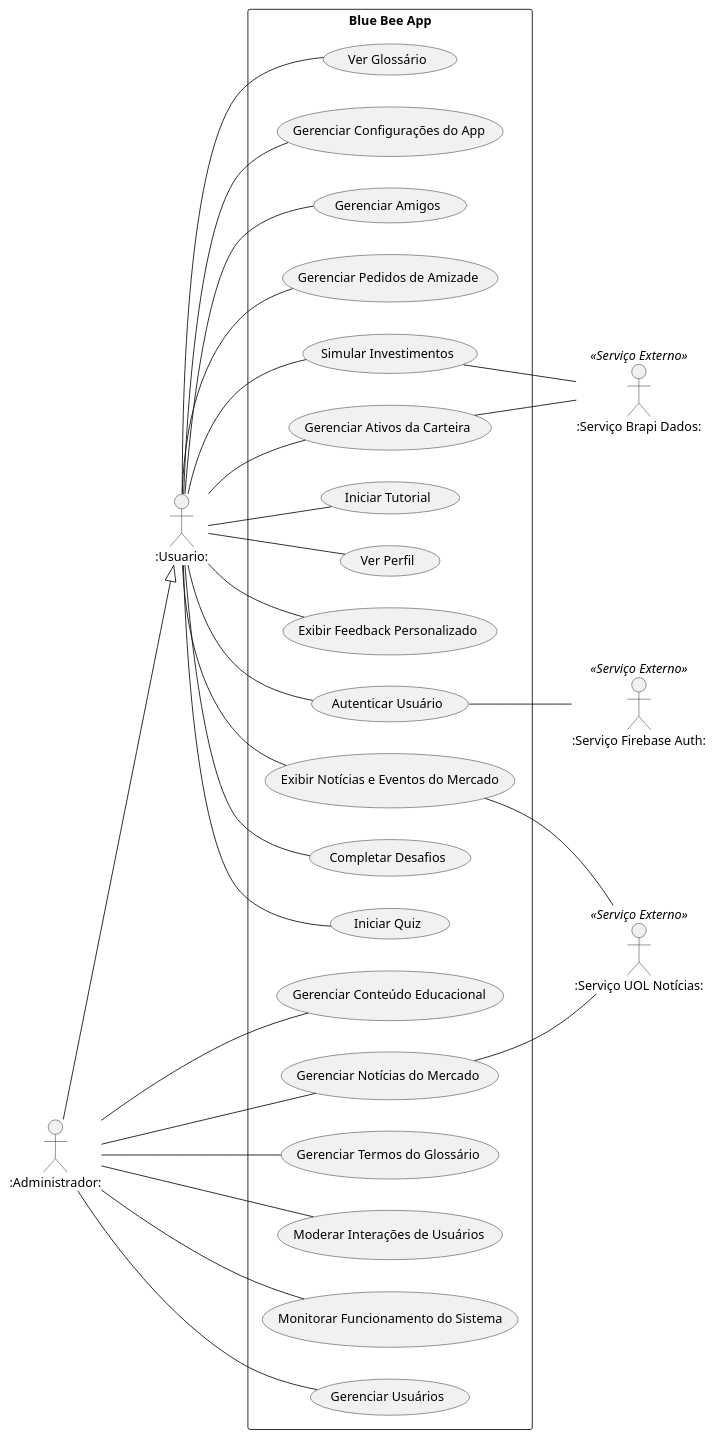
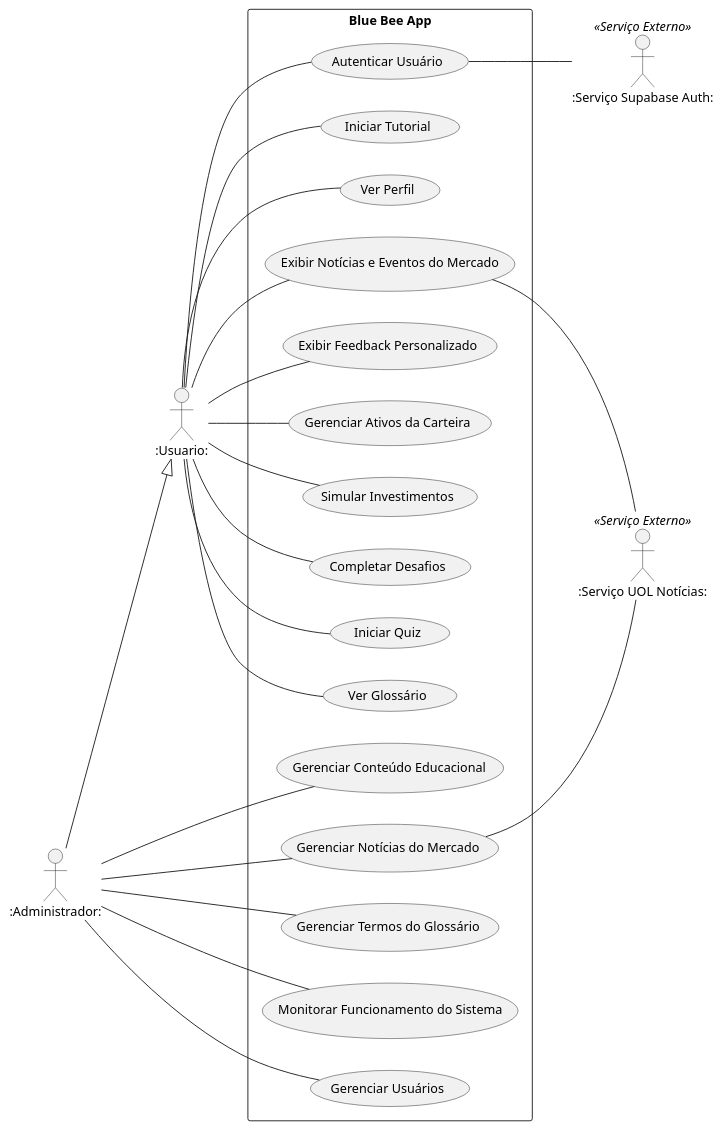
Before and after one commit to pedrOfsilveira/diagramas: the diagram in casosdeuso.wsd, drawn with PlantUML. The commit also changed 26 other files, not shown here.

```diff
--- a/casosdeuso.wsd
+++ b/casosdeuso.wsd
@@ -1,62 +1,52 @@
 @startuml
 left to right direction
 
 actor ":Usuario:" as User
 actor ":Administrador:" as Admin
-actor ":Serviço Firebase Auth:" as ServicoFirebaseAuth <<Serviço Externo>>
+actor ":Serviço Supabase Auth:" as ServicoSupabaseAuth <<Serviço Externo>>
 actor ":Serviço UOL Notícias:" as ServicoUolApi <<Serviço Externo>>
-actor ":Serviço Brapi Dados:" as ServicoBrapiApi <<Serviço Externo>>
 
 Admin --|> User
 
 rectangle "Blue Bee App" {
     usecase "Autenticar Usuário" as UC_Auth
     usecase "Iniciar Tutorial" as UC_Tutorial
     usecase "Ver Perfil" as UC_VerPerfil
     usecase "Exibir Notícias e Eventos do Mercado" as UC_ExibirNoticias
     usecase "Exibir Feedback Personalizado" as UC_ExibirFeedback
     usecase "Gerenciar Ativos da Carteira" as UC_GerenciarAtivosCarteira
     usecase "Simular Investimentos" as UC_SimularInvestimentos
     usecase "Completar Desafios" as UC_CompletarDesafios
     usecase "Iniciar Quiz" as UC_IniciarQuiz
     usecase "Ver Glossário" as UC_VerGlossario
-    usecase "Gerenciar Configurações do App" as UC_GerenciarConfigApp
-    usecase "Gerenciar Amigos" as UC_GerenciarAmigos
-    usecase "Gerenciar Pedidos de Amizade" as UC_GerenciarPedidosAmizade
 
     usecase "Gerenciar Conteúdo Educacional" as UC_AdminConteudo
     usecase "Gerenciar Notícias do Mercado" as UC_AdminNoticias
     usecase "Gerenciar Termos do Glossário" as UC_AdminGlossario
-    usecase "Moderar Interações de Usuários" as UC_AdminModeracao
     usecase "Monitorar Funcionamento do Sistema" as UC_AdminMonitorar
     usecase "Gerenciar Usuários" as UC_AdminGerenciarUsuarios
 }
 
 User -- UC_Auth
 User -- UC_Tutorial
 User -- UC_VerPerfil
 User -- UC_ExibirNoticias
 User -- UC_ExibirFeedback
 User -- UC_GerenciarAtivosCarteira
 User -- UC_SimularInvestimentos
 User -- UC_CompletarDesafios
 User -- UC_IniciarQuiz
 User -- UC_VerGlossario
-User -- UC_GerenciarConfigApp
-User -- UC_GerenciarAmigos
-User -- UC_GerenciarPedidosAmizade
 
+' talvez nao precise de admin
 Admin -- UC_AdminConteudo
 Admin -- UC_AdminNoticias
 Admin -- UC_AdminGlossario
-Admin -- UC_AdminModeracao
 Admin -- UC_AdminMonitorar
 Admin -- UC_AdminGerenciarUsuarios
 
-UC_Auth -- ServicoFirebaseAuth
+UC_Auth -- ServicoSupabaseAuth
 UC_ExibirNoticias -- ServicoUolApi
-UC_GerenciarAtivosCarteira -- ServicoBrapiApi
-UC_SimularInvestimentos -- ServicoBrapiApi
 UC_AdminNoticias -- ServicoUolApi
 
 @enduml
```
